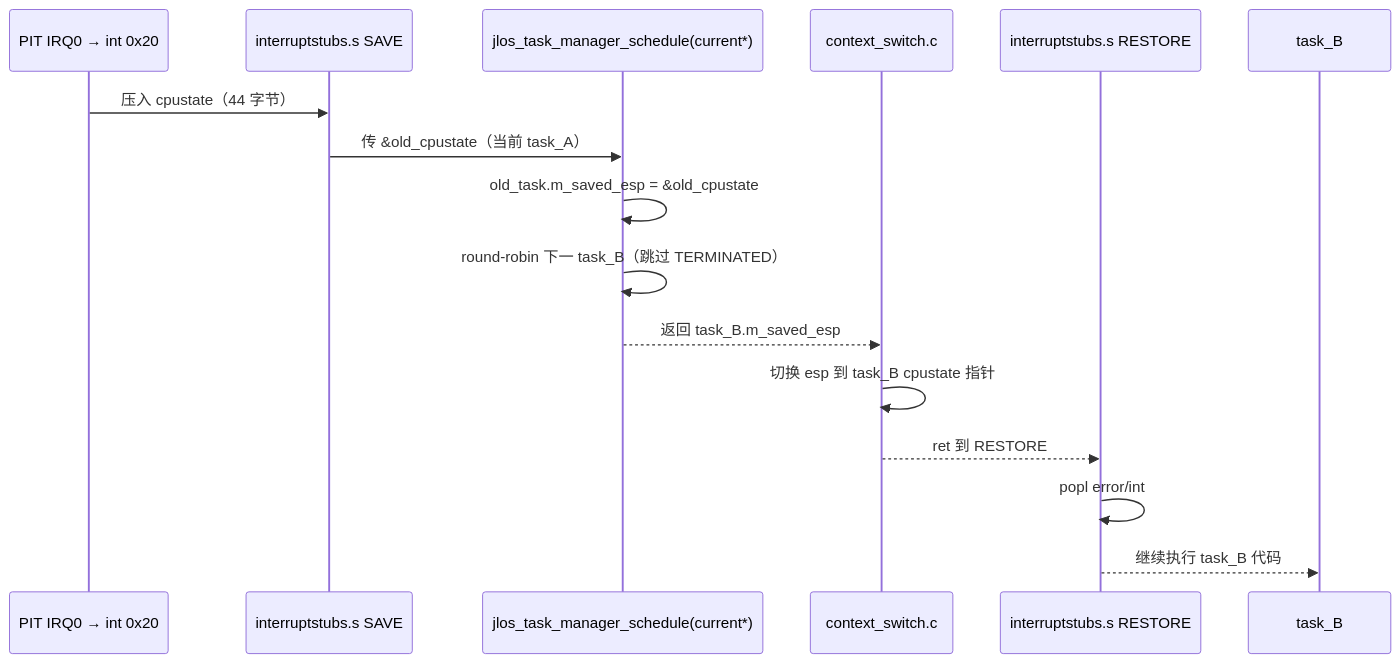
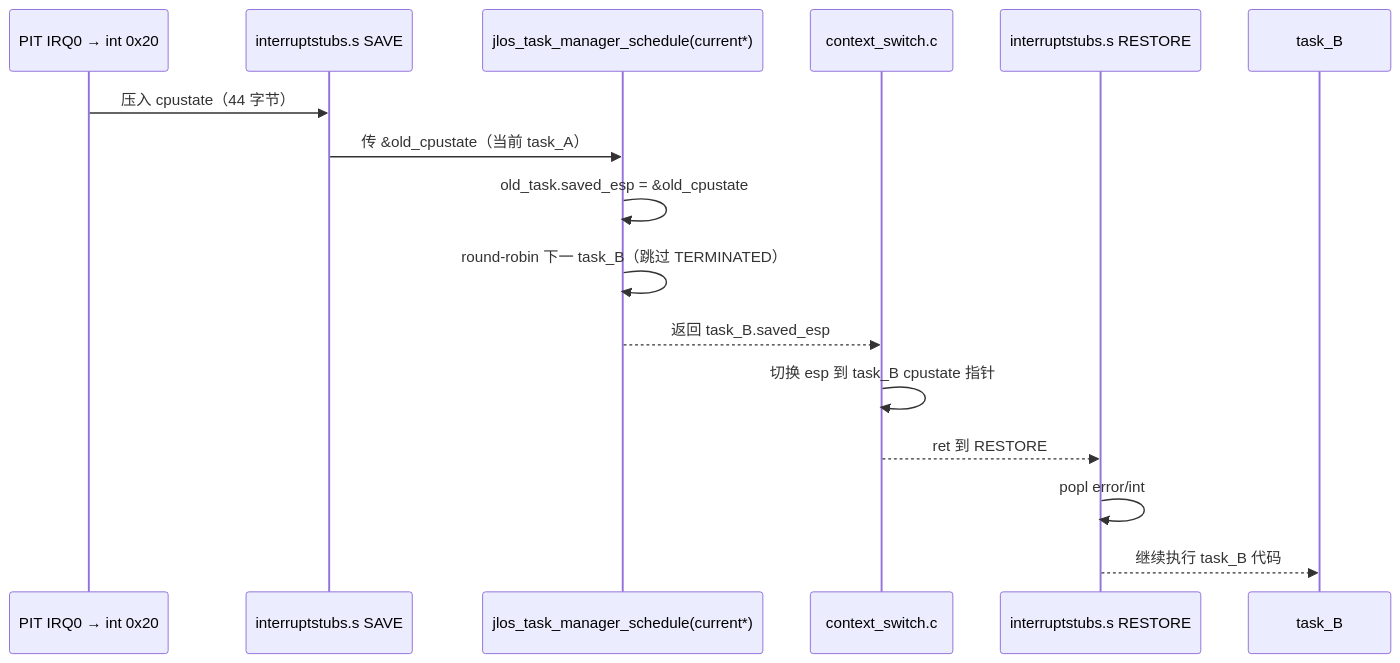
Before and after one commit to veynelove/johnbeauty-os: the second of 3 diagrams in docs/gui_arch/jlos_gui_arch_subsystem_readme.md, drawn with Mermaid. The commit also changed other lines of this file and 76 other files, not shown here.

````diff
--- a/docs/gui_arch/jlos_gui_arch_subsystem_readme.md
+++ b/docs/gui_arch/jlos_gui_arch_subsystem_readme.md
@@ -168,18 +168,18 @@
 ```mermaid
 sequenceDiagram
     participant IRQ0 as PIT IRQ0 → int 0x20
     participant STUB as interruptstubs.s SAVE
     participant SCH as jlos_task_manager_schedule(current*)
     participant CS as context_switch.c
     participant STUB2 as interruptstubs.s RESTORE
 
     IRQ0->>STUB: 压入 cpustate（44 字节）
     STUB->>SCH: 传 &old_cpustate（当前 task_A）
-    SCH->>SCH: old_task.m_saved_esp = &old_cpustate
+    SCH->>SCH: old_task.saved_esp = &old_cpustate
     SCH->>SCH: round-robin 下一 task_B（跳过 TERMINATED）
-    SCH-->>CS: 返回 task_B.m_saved_esp
+    SCH-->>CS: 返回 task_B.saved_esp
     CS->>CS: 切换 esp 到 task_B cpustate 指针
     CS-->>STUB2: ret 到 RESTORE
     STUB2->>STUB2: popl error/int# → popa → iret
     STUB2-->>task_B: 继续执行 task_B 代码
 ```
````
